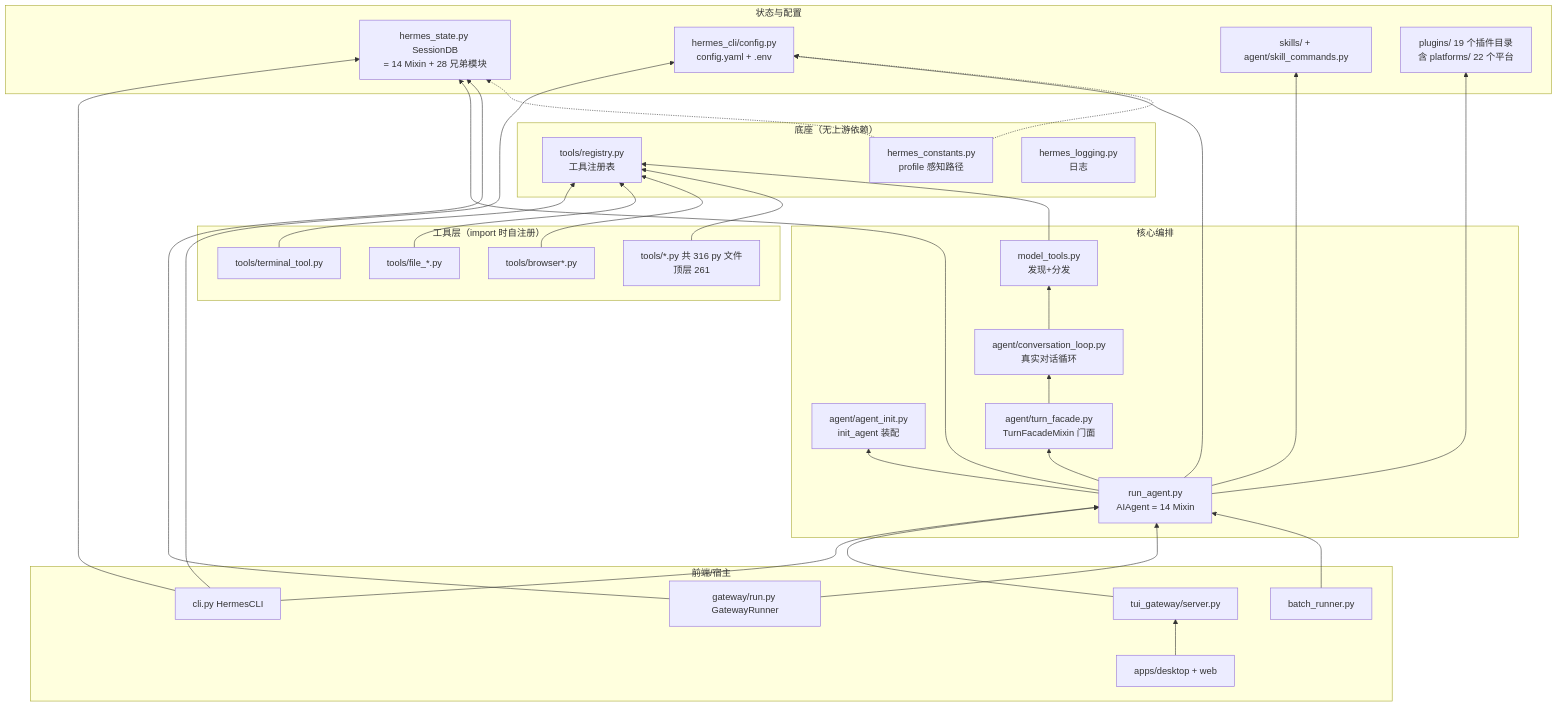
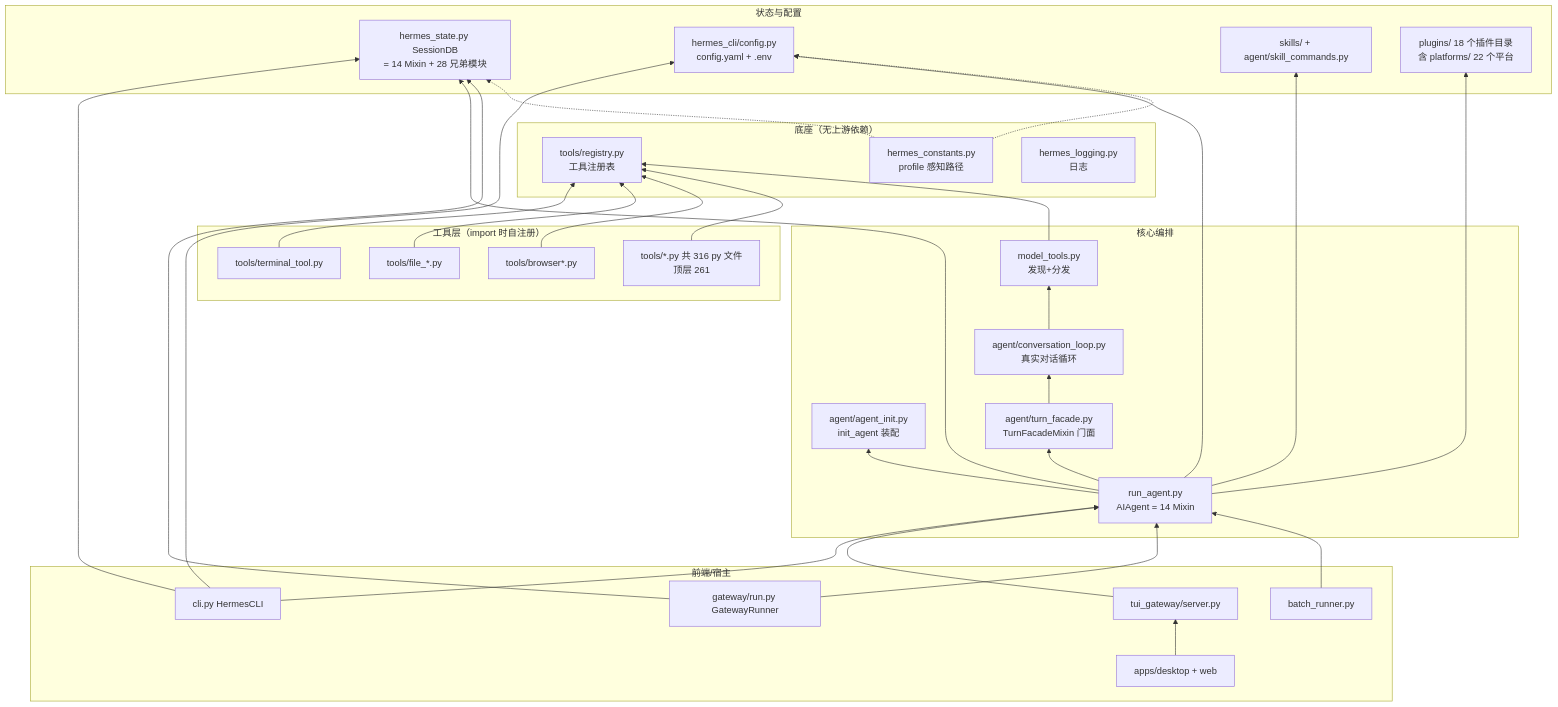
The second of 3 diagrams in docs/sourceReader/01-简单框架-系统骨架.md (adrian9778/hermes-agent), drawn with Mermaid before and after one commit. The commit also changed other lines of this file and 26 other files, not shown here.

````diff
--- a/docs/sourceReader/01-简单框架-系统骨架.md
+++ b/docs/sourceReader/01-简单框架-系统骨架.md
@@ -95,62 +95,62 @@
 ```mermaid
 flowchart BT
     subgraph 底座["底座（无上游依赖）"]
         REG[tools/registry.py<br/>工具注册表]
         CONST[hermes_constants.py<br/>profile 感知路径]
         LOG[hermes_logging.py<br/>日志]
     end
 
     subgraph 工具层["工具层（import 时自注册）"]
         T1[tools/terminal_tool.py]
         T2[tools/file_*.py]
         T3[tools/browser*.py]
         TN[tools/*.py 共 316 py 文件<br/>顶层 261]
     end
 
     subgraph 核心["核心编排"]
         MT[model_tools.py<br/>发现+分发]
         AINIT[agent/agent_init.py<br/>init_agent 装配]
         FACADE[agent/turn_facade.py<br/>TurnFacadeMixin 门面]
         CL[agent/conversation_loop.py<br/>真实对话循环]
         RA[run_agent.py<br/>AIAgent = 14 Mixin]
     end
 
     subgraph 前端["前端/宿主"]
         CLI[cli.py HermesCLI]
         TUI[tui_gateway/server.py]
         GW[gateway/run.py GatewayRunner]
         DESK[apps/desktop + web]
         BATCH[batch_runner.py]
     end
 
     subgraph 状态["状态与配置"]
         DB[hermes_state.py SessionDB<br/>= 14 Mixin + 28 兄弟模块]
         CFG[hermes_cli/config.py<br/>config.yaml + .env]
         SKILL[skills/ + agent/skill_commands.py]
-        PLUG[plugins/ 19 个插件目录<br/>含 platforms/ 22 个平台]
+        PLUG[plugins/ 18 个插件目录<br/>含 platforms/ 22 个平台]
     end
 
     T1 --> REG
     T2 --> REG
     T3 --> REG
     TN --> REG
     MT --> REG
     RA --> AINIT
     RA --> FACADE
     FACADE --> CL
     CL --> MT
     CLI --> RA
     TUI --> RA
     GW --> RA
     DESK --> TUI
     BATCH --> RA
     CLI --> DB
     RA --> DB
     GW --> DB
     CLI --> CFG
     RA --> CFG
     RA --> SKILL
     RA --> PLUG
     CONST -.-> DB
     CONST -.-> CFG
 ```
````
